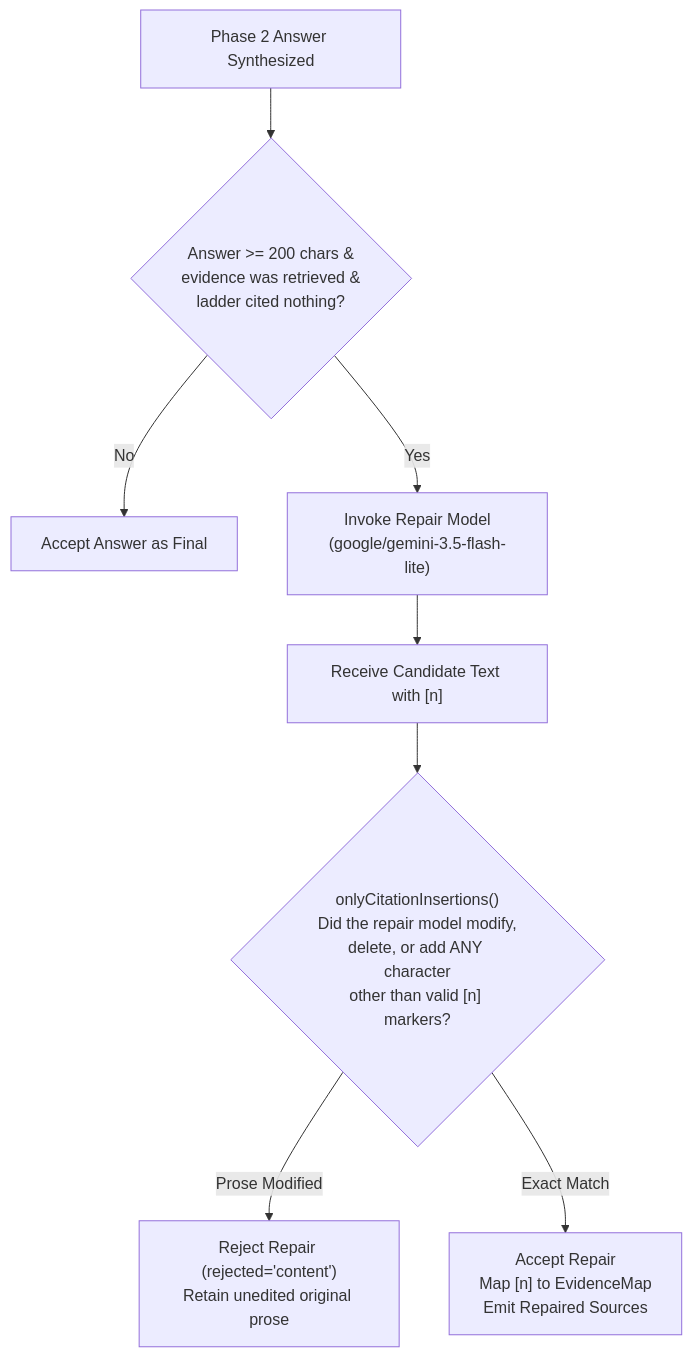
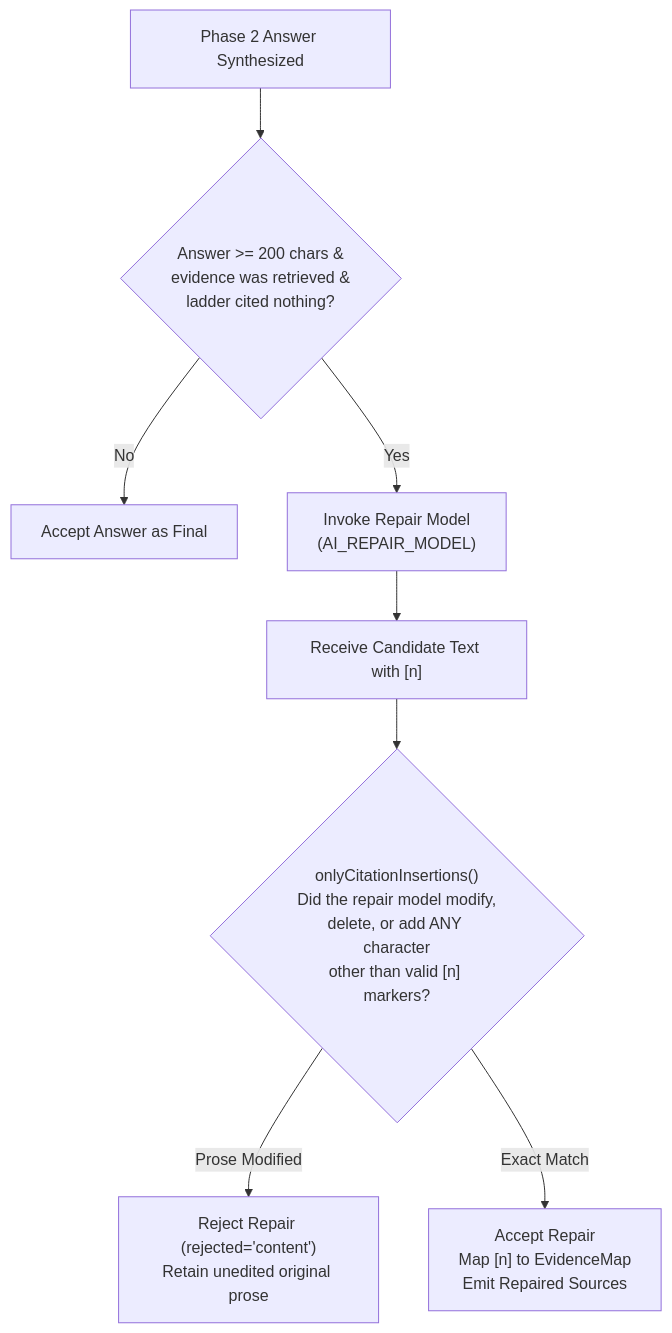
The second of 3 diagrams in docs/Architectures/04-prompt-sandwich-and-agent-engine.md (ddllabs/niyantran), drawn with Mermaid before and after one commit. The commit also changed other lines of this file and 11 other files, not shown here.

First line of the commit message:
docs: architecture and current-state docs match the code

````diff
--- a/docs/Architectures/04-prompt-sandwich-and-agent-engine.md
+++ b/docs/Architectures/04-prompt-sandwich-and-agent-engine.md
@@ -527,13 +527,13 @@
 ```mermaid
 flowchart TD
     RawAnswer["Phase 2 Answer Synthesized"] --> CheckWorth{Answer >= 200 chars &<br/>evidence was retrieved &<br/>ladder cited nothing?}
     
     CheckWorth -->|No| StreamOutput["Accept Answer as Final"]
-    CheckWorth -->|Yes| InvokeRepair["Invoke Repair Model<br/>(google/gemini-3.5-flash-lite)"]
+    CheckWorth -->|Yes| InvokeRepair["Invoke Repair Model<br/>(AI_REPAIR_MODEL)"]
     
     InvokeRepair --> ParseCandidate["Receive Candidate Text with [n]"]
     ParseCandidate --> ValidateOnlyInsertions{"onlyCitationInsertions()<br/>Did the repair model modify,<br/>delete, or add ANY character<br/>other than valid [n] markers?"}
     
     ValidateOnlyInsertions -->|Prose Modified| Reject["Reject Repair (rejected='content')<br/>Retain unedited original prose"]
     ValidateOnlyInsertions -->|Exact Match| Accept["Accept Repair<br/>Map [n] to EvidenceMap<br/>Emit Repaired Sources"]
 ```
````
